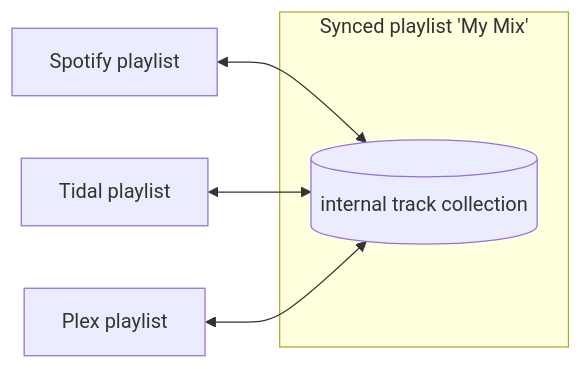
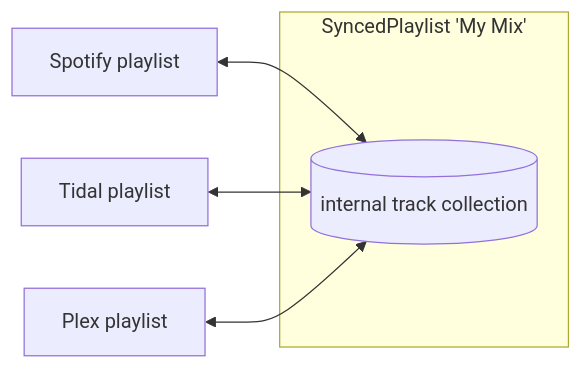
The diagram in docs/services/sync/getting-started.md (metasauce/plistsync), drawn with Mermaid before and after one commit. The commit also changed other lines of this file and 3 other files, not shown here.

````diff
--- a/docs/services/sync/getting-started.md
+++ b/docs/services/sync/getting-started.md
@@ -25,10 +25,10 @@
 ```{mermaid}
 flowchart LR
-    subgraph SP ["Synced playlist 'My Mix'"]
+    subgraph SP ["SyncedPlaylist 'My Mix'"]
         C[(internal track collection)]
     end
 
     S[Spotify playlist] <--> C
     T[Tidal playlist] <--> C
     P[Plex playlist] <--> C
 ```
````
